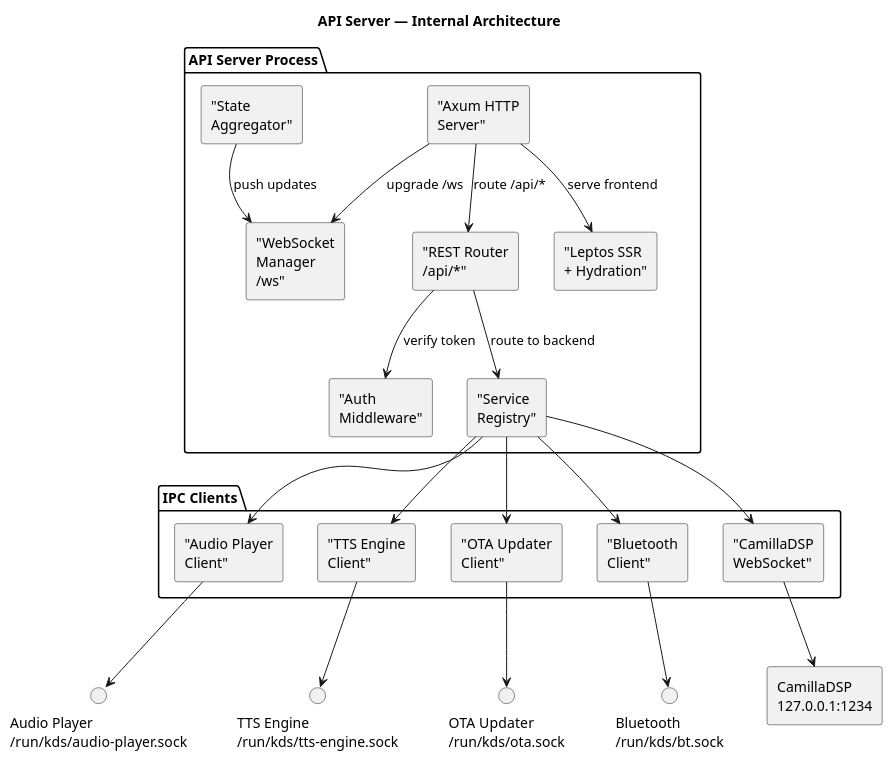
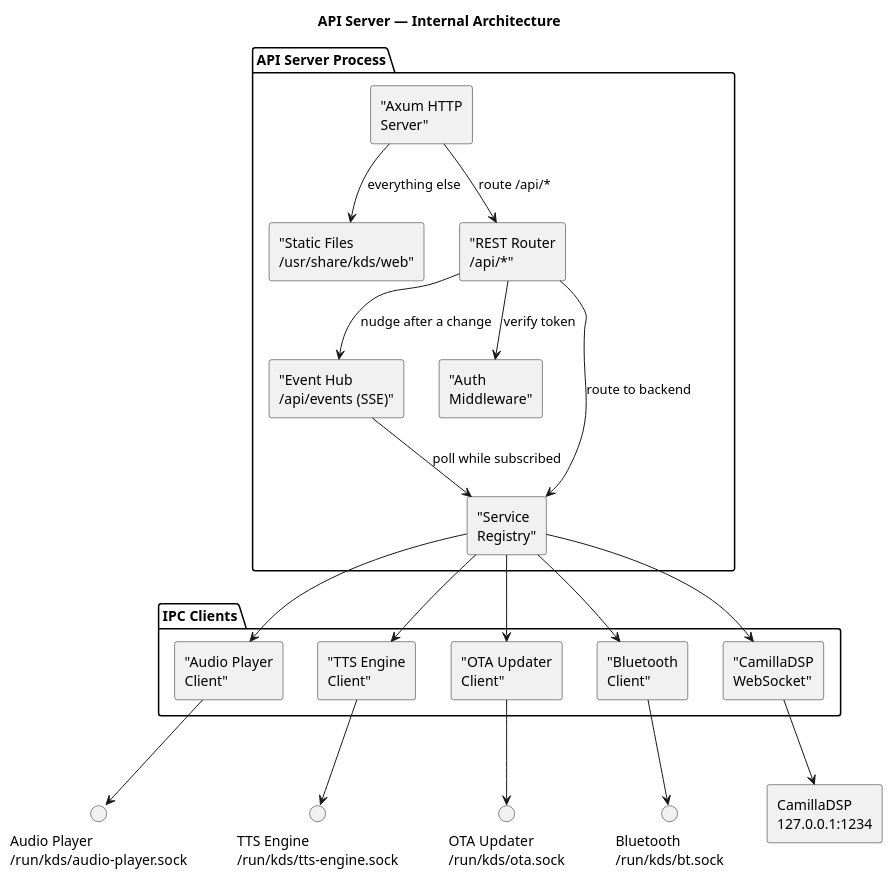
One commit to LydByDissing/kids-desktop-speaker changed the diagram in docs/source/architecture/api-server/solution-design.rst. Above: the diagram before and after it, drawn with PlantUML. The commit also changed other lines of this file and 35 other files, not shown here.

First line of the commit message:
feat: live updates over Server-Sent Events and the update reboot countdown (KDS-apx.7, KDS-u1v, DEC-046)

```diff
--- a/docs/source/architecture/api-server/solution-design.rst
+++ b/docs/source/architecture/api-server/solution-design.rst
@@ -39,52 +38,51 @@
 .. plantuml::
    :caption: API Server — Internal Architecture
    :name: fig-api-internal
 
    @startuml
    skinparam componentStyle rectangle
    skinparam backgroundColor white
 
    title API Server — Internal Architecture
 
    package "API Server Process" as api {
        component ["Axum HTTP\nServer"] as http
-       component ["Leptos SSR\n+ Hydration"] as leptos
+       component ["Static Files\n/usr/share/kds/web"] as web
        component ["REST Router\n/api/*"] as rest
-       component ["WebSocket\nManager\n/ws"] as ws
+       component ["Event Hub\n/api/events (SSE)"] as hub
        component ["Auth\nMiddleware"] as auth
        component ["Service\nRegistry"] as registry
-       component ["State\nAggregator"] as state
    }
 
    package "IPC Clients" as ipc {
        component ["Audio Player\nClient"] as ap_client
        component ["TTS Engine\nClient"] as tts_client
        component ["OTA Updater\nClient"] as ota_client
        component ["Bluetooth\nClient"] as bt_client
        component ["CamillaDSP\nWebSocket"] as cdsp_client
    }
 
    interface "Audio Player\n/run/kds/audio-player.sock" as ap_sock
    interface "TTS Engine\n/run/kds/tts-engine.sock" as tts_sock
    interface "OTA Updater\n/run/kds/ota.sock" as ota_sock
    interface "Bluetooth\n/run/kds/bt.sock" as bt_sock
    component "CamillaDSP\n127.0.0.1:1234" as cdsp
 
-   http --> leptos : serve frontend
+   http --> web : everything else
    http --> rest : route /api/*
-   http --> ws : upgrade /ws
+   rest --> hub : nudge after a change
    rest --> auth : verify token
    rest --> registry : route to backend
    registry --> ap_client
    registry --> tts_client
    registry --> ota_client
    registry --> bt_client
    registry --> cdsp_client
    ap_client --> ap_sock
    tts_client --> tts_sock
    ota_client --> ota_sock
    bt_client --> bt_sock
    cdsp_client --> cdsp
-   state --> ws : push updates
+   hub --> registry : poll while subscribed
 
    @enduml
```
